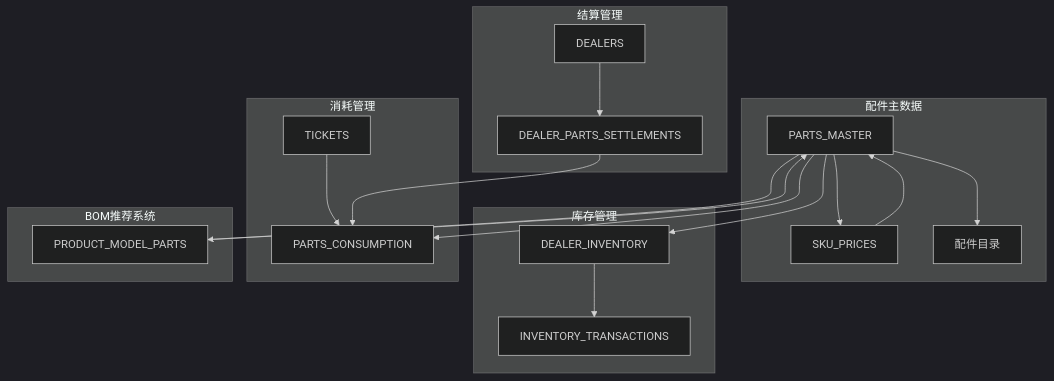
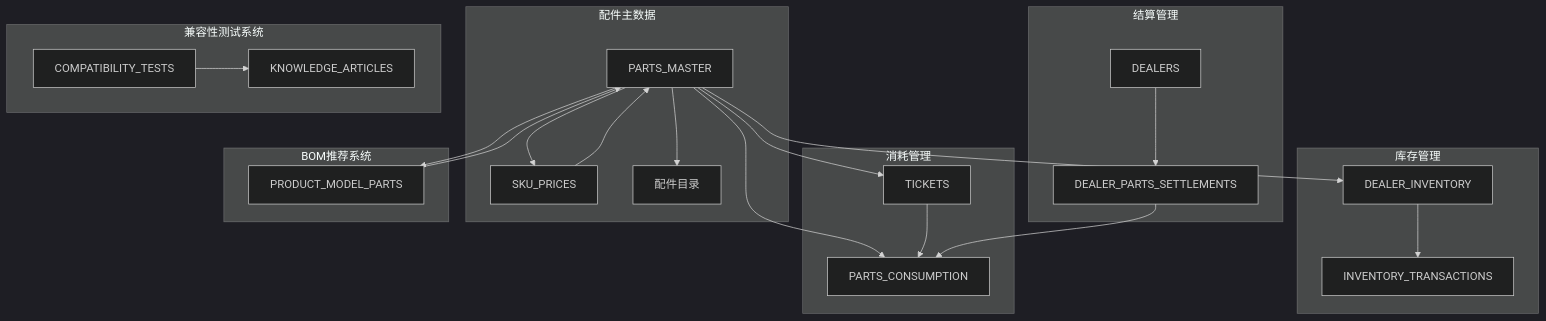
The fifth of 14 diagrams in .qoder/repowiki/zh/content/数据库设计/配件管理系统.md (CubeEdge/Longhorn), drawn with Mermaid (dark theme) before and after one commit. The commit also changed other lines of this file and 29 other files, not shown here.

````diff
--- a/.qoder/repowiki/zh/content/数据库设计/配件管理系统.md
+++ b/.qoder/repowiki/zh/content/数据库设计/配件管理系统.md
@@ -386,33 +479,39 @@
 ```mermaid
 graph TB
 subgraph "配件主数据"
 PM[PARTS_MASTER]
 SP[SKU_PRICES]
 PC[配件目录]
 end
 subgraph "库存管理"
 DI[DEALER_INVENTORY]
 IT[INVENTORY_TRANSACTIONS]
 end
 subgraph "消耗管理"
 PCN[PARTS_CONSUMPTION]
 T[TICKETS]
 end
 subgraph "结算管理"
 DS[DEALER_PARTS_SETTLEMENTS]
 DC[DEALERS]
 end
 subgraph "BOM推荐系统"
 PM --> PMP[PRODUCT_MODEL_PARTS]
 PMP --> PM
 PM --> SP
+PM --> T
+end
+subgraph "兼容性测试系统"
+CT[COMPATIBILITY_TESTS]
+KA[KNOWLEDGE_ARTICLES]
+CT --> KA
 end
 PM --> PC
 PM --> DI
 PM --> PCN
 SP --> PM
 DI --> IT
 T --> PCN
 DC --> DS
 DS --> PCN
 ```
````
